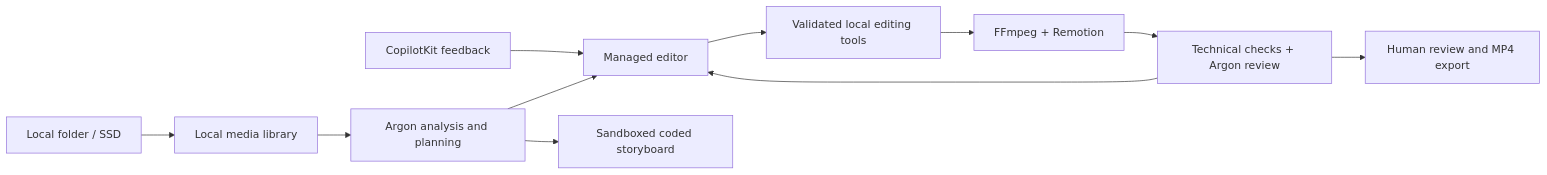
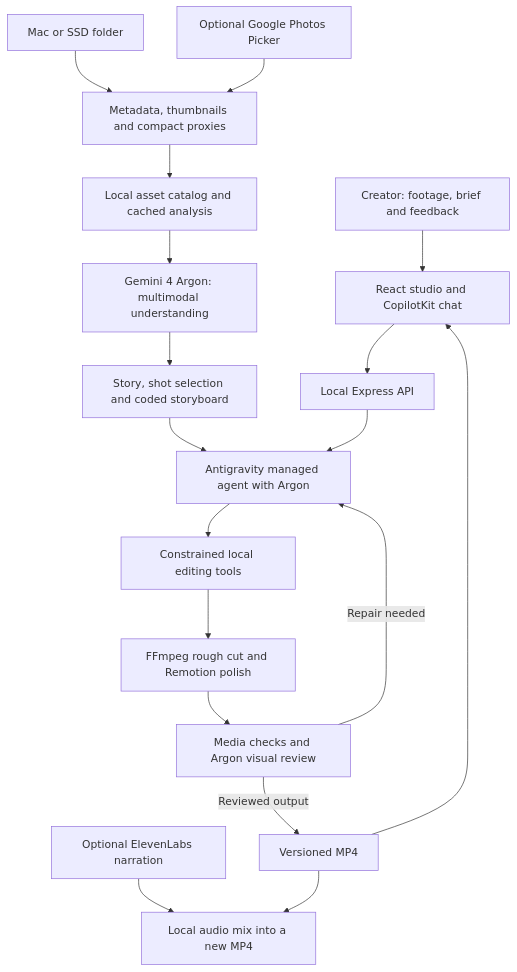
One commit to jerelvelarde/cutroom changed the diagram in README.md. Above: the diagram before and after it, drawn with Mermaid. The commit also changed other lines of this file and 53 other files, not shown here.

Commit message:
Polish Cutroom studio and publish narrated hackathon demo

````diff
--- a/README.md
+++ b/README.md
@@ -57,13 +38,20 @@
 ```mermaid
-flowchart LR
-  SSD[Local folder / SSD] --> Library[Local media library]
-  Library --> Argon[Argon analysis and planning]
-  Chat[CopilotKit feedback] --> Agent[Managed editor]
-  Argon --> Agent
-  Agent --> Tools[Validated local editing tools]
-  Tools --> Render[FFmpeg + Remotion]
-  Render --> Review[Technical checks + Argon review]
-  Review --> Agent
-  Review --> Export[Human review and MP4 export]
-  Argon --> Plan[Sandboxed coded storyboard]
+flowchart TD
+    USER[Creator: footage, brief and feedback] --> UI[React studio and CopilotKit chat]
+    UI --> API[Local Express API]
+    SSD[Mac or SSD folder] --> INGEST[Metadata, thumbnails and compact proxies]
+    PHOTOS[Optional Google Photos Picker] --> INGEST
+    INGEST --> STORE[Local asset catalog and cached analysis]
+    STORE --> ARGON[Gemini 4 Argon: multimodal understanding]
+    ARGON --> PLAN[Story, shot selection and coded storyboard]
+    PLAN --> AGENT[Antigravity managed agent with Argon]
+    API --> AGENT
+    AGENT --> TOOLS[Constrained local editing tools]
+    TOOLS --> RENDER[FFmpeg rough cut and Remotion polish]
+    RENDER --> REVIEW[Media checks and Argon visual review]
+    REVIEW -->|Repair needed| AGENT
+    REVIEW -->|Reviewed output| EXPORT[Versioned MP4]
+    EXPORT --> UI
+    VOICE[Optional ElevenLabs narration] --> MIX[Local audio mix into a new MP4]
+    EXPORT --> MIX
 ```
````
